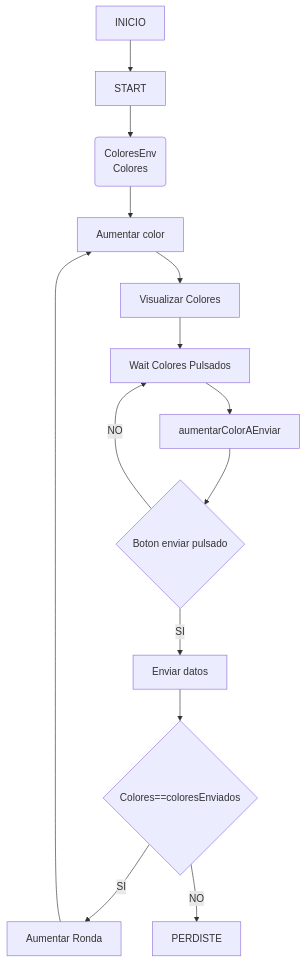
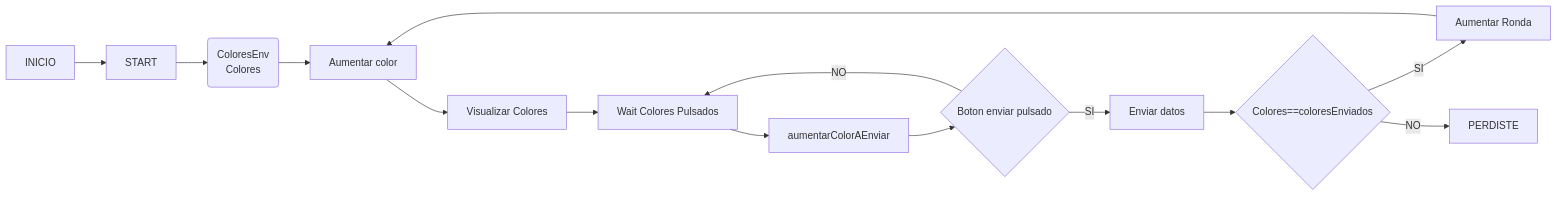
One commit to NicolasRodriguezSteuerberg/SimonDice changed the first of 2 diagrams in Readme.md. Above: the diagram before and after it, drawn with Mermaid.

Commit message:
arreglo readme

````diff
--- a/Readme.md
+++ b/Readme.md
@@ -13,16 +13,16 @@
 ```mermaid
-graph TD;
+flowchart LR;
     I[INICIO]-->S[START];
     S-->V(ColoresEnv 
     Colores)
     V-->+[Aumentar color]
     +-->Vis[Visualizar Colores]
     Vis-->W[Wait Colores Pulsados]
     W-->+2[aumentarColorAEnviar]
     +2-->CBoton{Boton enviar pulsado}
     CBoton-->|NO|W
     CBoton-->|SI|E[Enviar datos]
     E-->C{Colores==coloresEnviados}
     C-->|SI|+R[Aumentar Ronda]-->+
     C-->|NO| P[PERDISTE]
 ```
````
